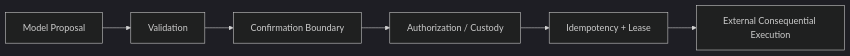
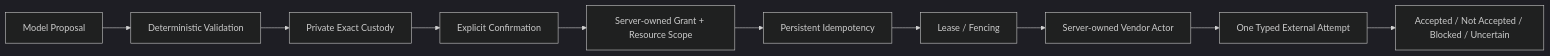
Before and after one commit to pablo-marchina/academy-tractian: the ninth of 14 diagrams in docs/presentation/ARCHITECTURE-OVERLAYS.md, drawn with Mermaid (dark theme). The commit also changed other lines of this file, not shown here.

Commit message:
docs(presentation): update architecture overlays for governed actions

````diff
--- a/docs/presentation/ARCHITECTURE-OVERLAYS.md
+++ b/docs/presentation/ARCHITECTURE-OVERLAYS.md
@@ -176,11 +176,15 @@
 ```mermaid
 flowchart LR
     M[Model Proposal]
-    V[Validation]
-    C[Confirmation Boundary]
-    A[Authorization / Custody]
-    I[Idempotency + Lease]
-    X[External Consequential Execution]
+    V[Deterministic Validation]
+    CU[Private Exact Custody]
+    C[Explicit Confirmation]
+    A[Server-owned Grant + Resource Scope]
+    I[Persistent Idempotency]
+    L[Lease / Fencing]
+    VA[Server-owned Vendor Actor]
+    X[One Typed External Attempt]
+    S[Accepted / Not Accepted / Blocked / Uncertain]
 
-    M --> V --> C --> A --> I --> X
+    M --> V --> CU --> C --> A --> I --> L --> VA --> X --> S
 ```
````
